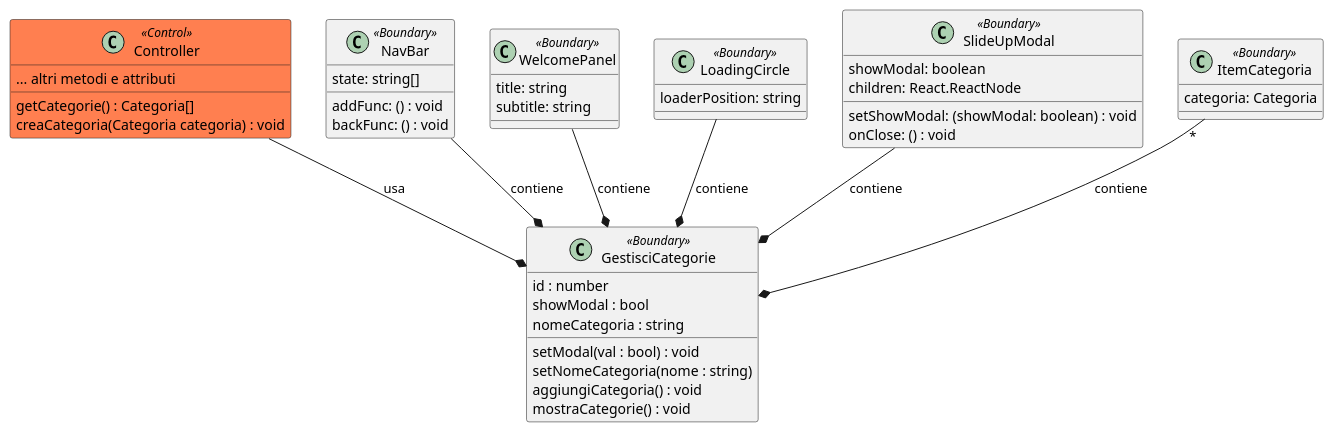
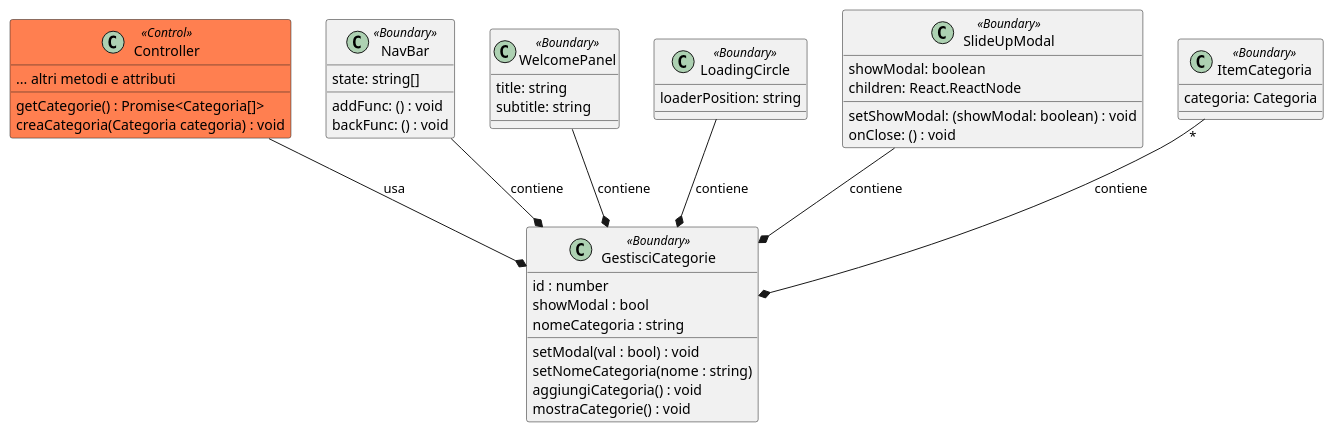
Before and after one commit to macro21KGB/Esame-INGSW-22-23: the diagram in diagrams/PUML/routes/GestisciCategorie.puml, drawn with PlantUML. The commit also changed 7 other files, not shown here.

```diff
--- a/diagrams/PUML/routes/GestisciCategorie.puml
+++ b/diagrams/PUML/routes/GestisciCategorie.puml
@@ -1,64 +1,64 @@
 @startuml
 
 
 class Controller <<Control>> #coral{
 ... altri metodi e attributi
-getCategorie() : Categoria[]
+getCategorie() : Promise<Categoria[]>
 creaCategoria(Categoria categoria) : void 
 }
 
 class GestisciCategorie<<Boundary>> {
  id : number
  showModal : bool
 setModal(val : bool) : void
 nomeCategoria : string 
 setNomeCategoria(nome : string)
 aggiungiCategoria() : void
 mostraCategorie() : void
 
 }
 
 
 class NavBar <<Boundary>> {
 
 	addFunc: () : void
 	backFunc: () : void
 	state: string[]
 }
 
 
 
 class WelcomePanel <<Boundary>> {
 
     title: string
     subtitle: string
 
 }
 
 class LoadingCircle <<Boundary>> {
 
 	loaderPosition: string
 
 }
 
 class SlideUpModal <<Boundary>> {
 
 	showModal: boolean
 	setShowModal: (showModal: boolean) : void
 	children: React.ReactNode
 	onClose: () : void
 
 }
 
 class ItemCategoria <<Boundary>> {
 
     categoria: Categoria
 
 }
 ItemCategoria "*"--* GestisciCategorie: contiene
 SlideUpModal --* GestisciCategorie: contiene
 WelcomePanel--* GestisciCategorie: contiene
 NavBar --* GestisciCategorie: contiene
 LoadingCircle --* GestisciCategorie: contiene
 Controller --* GestisciCategorie: usa
 @enduml
```
